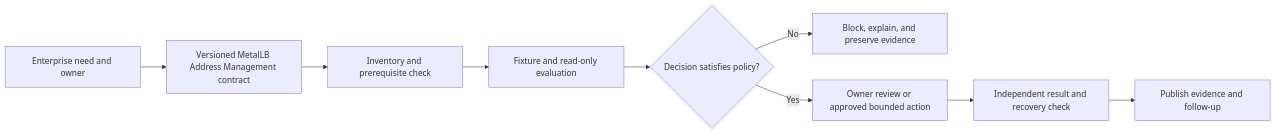
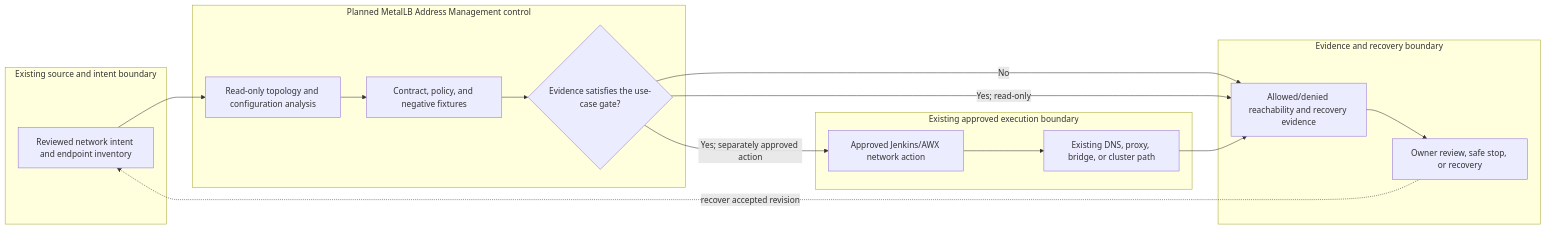
The diagram in docs/use-cases/network/UC-NET-021-metallb-address-management.md (MIDHTECH/enterprise-architecture-docs), drawn with Mermaid before and after one commit. The commit also changed other lines of this file and 227 other files, not shown here.

Commit message:
Deepen architecture for all use case designs

````diff
--- a/docs/use-cases/network/UC-NET-021-metallb-address-management.md
+++ b/docs/use-cases/network/UC-NET-021-metallb-address-management.md
@@ -136,11 +129,25 @@
 ```mermaid
 flowchart LR
-    Need["Enterprise need and owner"] --> Contract["Versioned MetalLB Address Management contract"]
-    Contract --> Preflight["Inventory and prerequisite check"]
-    Preflight --> Evaluate["Fixture and read-only evaluation"]
-    Evaluate --> Decision{"Decision satisfies policy?"}
-    Decision -->|No| Stop["Block, explain, and preserve evidence"]
-    Decision -->|Yes| Review["Owner review or approved bounded action"]
-    Review --> Verify["Independent result and recovery check"]
-    Verify --> Publish["Publish evidence and follow-up"]
+    subgraph Source["Existing source and intent boundary"]
+        A["Reviewed network intent and endpoint inventory"]
+    end
+    subgraph Planned["Planned MetalLB Address Management control"]
+        B["Read-only topology and configuration analysis"]
+        C["Contract, policy, and negative fixtures"]
+        D{"Evidence satisfies the use-case gate?"}
+    end
+    subgraph Runtime["Existing approved execution boundary"]
+        E["Approved Jenkins/AWX network action"]
+        F["Existing DNS, proxy, bridge, or cluster path"]
+    end
+    subgraph Assurance["Evidence and recovery boundary"]
+        G["Allowed/denied reachability and recovery evidence"]
+        H["Owner review, safe stop, or recovery"]
+    end
+
+    A --> B --> C --> D
+    D -->|No| G --> H
+    D -->|Yes; read-only| G
+    D -->|Yes; separately approved action| E --> F --> G
+    H -. recover accepted revision .-> A
 ```
````
